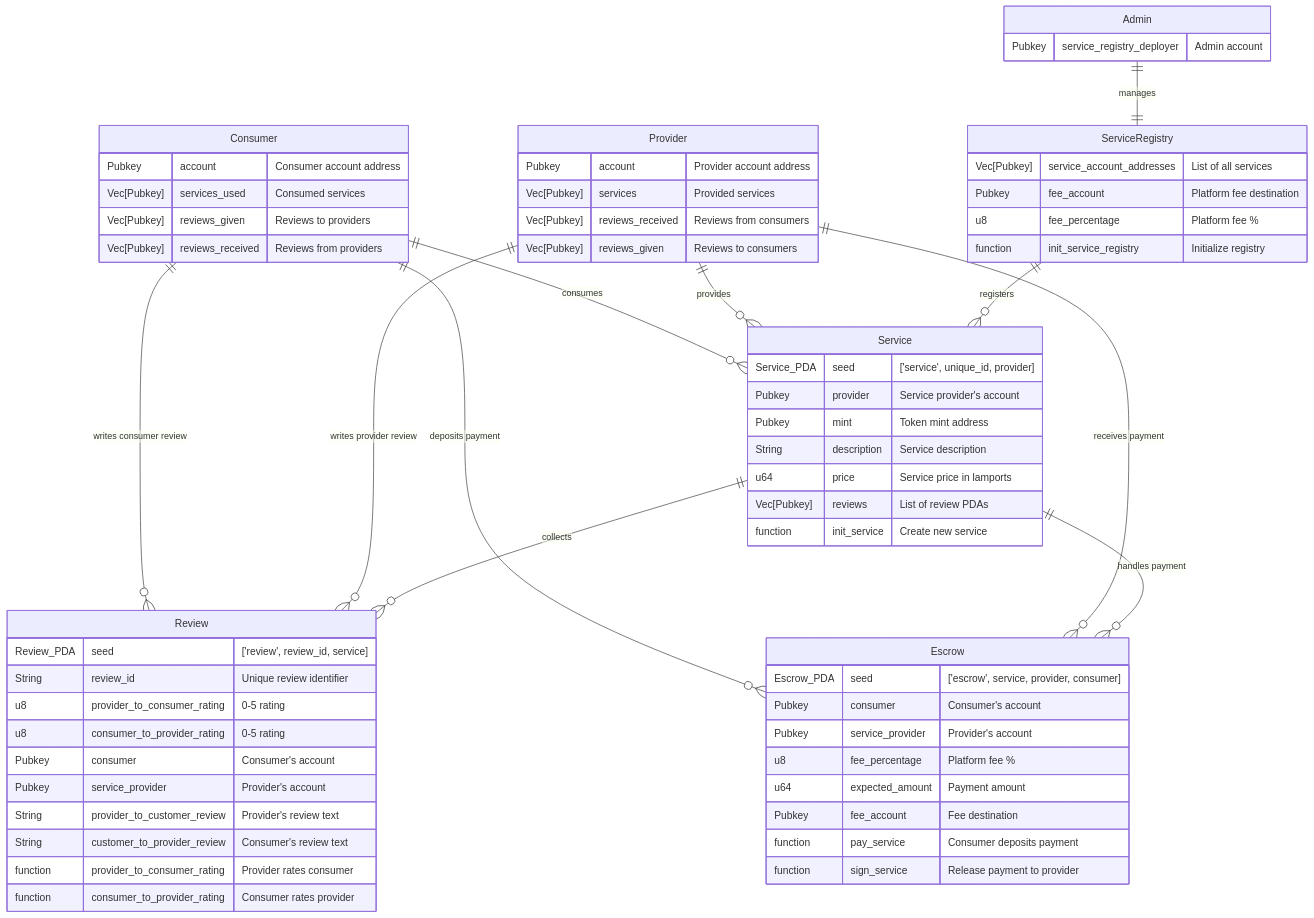
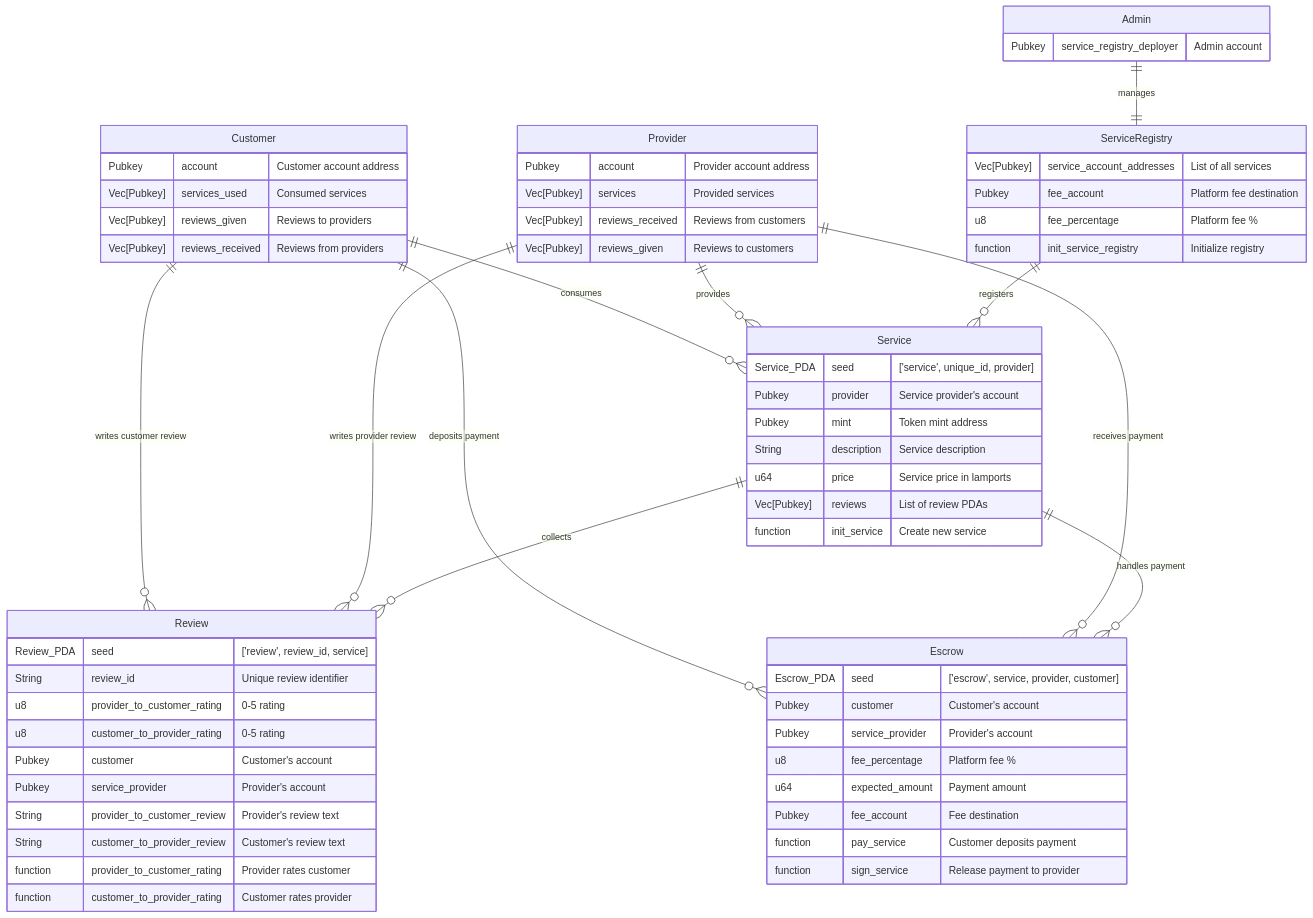
The diagram in notes/mermaid_diagrams/Architecture-v1.md (Gigentic/gigentic-frontend), drawn with Mermaid before and after one commit. The commit also changed 16 other files, not shown here.

Commit message:
consumer -> customer

```diff
--- a/notes/mermaid_diagrams/Architecture-v1.md
+++ b/notes/mermaid_diagrams/Architecture-v1.md
@@ -5,7 +5,7 @@
     ".er.relationshipLabel { fill: black; }",
     ".er.relationshipLabelBox { fill: white; }",
     ".er.entityBox { fill: lightgray; }",
-    "[id^=entity-Consumer] .er.entityBox { fill: lightgreen;} ",
+    "[id^=entity-Customer] .er.entityBox { fill: lightgreen;} ",
     "[id^=entity-Provider] .er.entityBox { fill: lightgreen;} ",
     "[id^=entity-ServiceRegistry] .er.entityBox { fill: powderblue;} ",
     "[id^=entity-Service] .er.entityBox { fill: powderblue;} ",
@@ -15,9 +15,9 @@
 }}%%
 
 erDiagram
-    Consumer ||--o{ Escrow : "deposits payment"
-    Consumer ||--o{ Service : "consumes"
-    Consumer ||--o{ Review : "writes consumer review"
+    Customer ||--o{ Escrow : "deposits payment"
+    Customer ||--o{ Service : "consumes"
+    Customer ||--o{ Review : "writes customer review"
 
     Provider ||--o{ Escrow : "receives payment"
     Provider ||--o{ Service : "provides"
@@ -50,33 +50,33 @@
     Review {
         Review_PDA seed "['review', review_id, service]"
         String review_id "Unique review identifier"
-        u8 provider_to_consumer_rating "0-5 rating"
-        u8 consumer_to_provider_rating "0-5 rating"
-        Pubkey consumer "Consumer's account"
+        u8 provider_to_customer_rating "0-5 rating"
+        u8 customer_to_provider_rating "0-5 rating"
+        Pubkey customer "Customer's account"
         Pubkey service_provider "Provider's account"
         String provider_to_customer_review "Provider's review text"
-        String customer_to_provider_review "Consumer's review text"
-        function provider_to_consumer_rating "Provider rates consumer"
-        function consumer_to_provider_rating "Consumer rates provider"
+        String customer_to_provider_review "Customer's review text"
+        function provider_to_customer_rating "Provider rates customer"
+        function customer_to_provider_rating "Customer rates provider"
     }
     Escrow {
-        Escrow_PDA seed "['escrow', service, provider, consumer]"
-        Pubkey consumer "Consumer's account"
+        Escrow_PDA seed "['escrow', service, provider, customer]"
+        Pubkey customer "Customer's account"
         Pubkey service_provider "Provider's account"
         u8 fee_percentage "Platform fee %"
         u64 expected_amount "Payment amount"
         Pubkey fee_account "Fee destination"
-        function pay_service "Consumer deposits payment"
+        function pay_service "Customer deposits payment"
         function sign_service "Release payment to provider"
     }
     Provider {
         Pubkey account "Provider account address"
         Vec[Pubkey] services "Provided services"
-        Vec[Pubkey] reviews_received "Reviews from consumers"
-        Vec[Pubkey] reviews_given "Reviews to consumers"
+        Vec[Pubkey] reviews_received "Reviews from customers"
+        Vec[Pubkey] reviews_given "Reviews to customers"
     }
-    Consumer {
-        Pubkey account "Consumer account address"
+    Customer {
+        Pubkey account "Customer account address"
         Vec[Pubkey] services_used "Consumed services"
         Vec[Pubkey] reviews_given "Reviews to providers"
         Vec[Pubkey] reviews_received "Reviews from providers"
```
